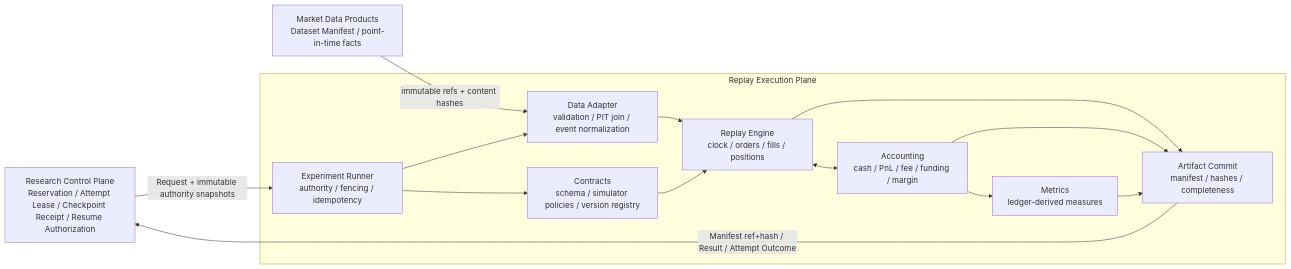
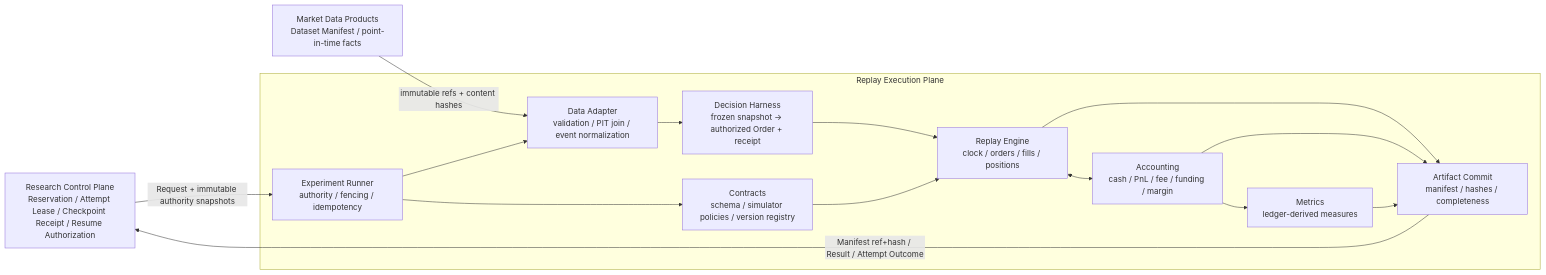
Before and after one commit to qOeOp/trade: the diagram in docs/rd-replay-execution-plane-design.md, drawn with Mermaid. The commit also changed other lines of this file and 1 other file, not shown here.

Commit message:
Document Replay decision harness authority

````diff
--- a/docs/rd-replay-execution-plane-design.md
+++ b/docs/rd-replay-execution-plane-design.md
@@ -37,26 +37,28 @@
 ```mermaid
 flowchart LR
   CP["Research Control Plane\nReservation / Attempt Lease / Checkpoint Receipt / Resume Authorization"] -->|"Request + immutable authority snapshots"| RR
   MD["Market Data Products\nDataset Manifest / point-in-time facts"] -->|"immutable refs + content hashes"| DA
 
   subgraph RP["Replay Execution Plane"]
     RR["Experiment Runner\nauthority / fencing / idempotency"]
     CT["Contracts\nschema / simulator policies / version registry"]
     DA["Data Adapter\nvalidation / PIT join / event normalization"]
+    DH["Decision Harness\nfrozen snapshot -> authorized Order + receipt"]
     EN["Replay Engine\nclock / orders / fills / positions"]
     AC["Accounting\ncash / PnL / fee / funding / margin"]
     MT["Metrics\nledger-derived measures"]
     AR["Artifact Commit\nmanifest / hashes / completeness"]
     RR --> CT
     RR --> DA
-    DA --> EN
+    DA --> DH
+    DH --> EN
     CT --> EN
     EN <--> AC
     AC --> MT
     EN --> AR
     AC --> AR
     MT --> AR
   end
 
   AR -->|"Manifest ref+hash / Result / Attempt Outcome"| CP
 ```
````
